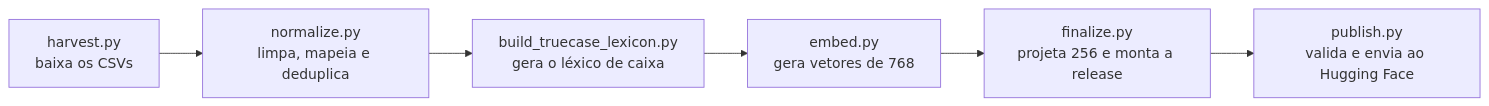
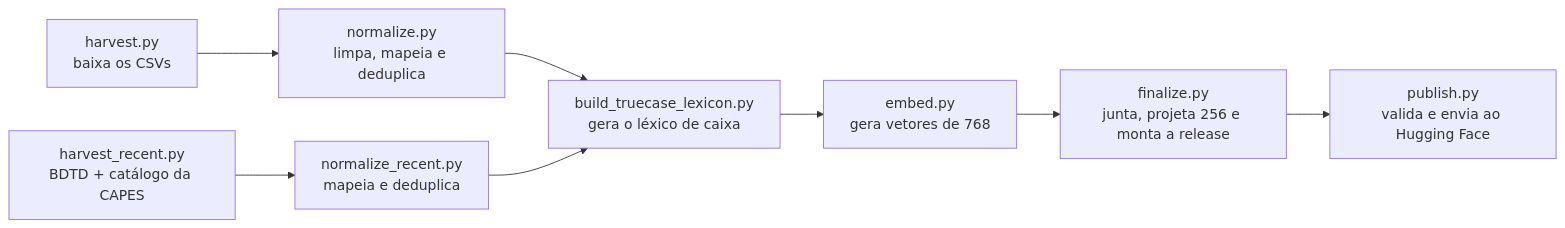
One commit to andrebadini/buscateses-local changed the diagram in docs/DADOS.md. Above: the diagram before and after it, drawn with Mermaid. The commit also changed other lines of this file and 32 other files, not shown here.

First line of the commit message:
Catálogo até 2026: CAPES (consulta pública + Sucupira) e BDTD [skip ci]

````diff
--- a/docs/DADOS.md
+++ b/docs/DADOS.md
@@ -116,8 +180,10 @@
 ```mermaid
 flowchart LR
     A["harvest.py<br/>baixa os CSVs"] --> B["normalize.py<br/>limpa, mapeia e deduplica"]
+    R1["harvest_recent.py<br/>BDTD + catálogo da CAPES"] --> R2["normalize_recent.py<br/>mapeia e deduplica"]
     B --> C["build_truecase_lexicon.py<br/>gera o léxico de caixa"]
+    R2 --> C
     C --> D["embed.py<br/>gera vetores de 768"]
-    D --> E["finalize.py<br/>projeta 256 e monta a release"]
+    D --> E["finalize.py<br/>junta, projeta 256 e monta a release"]
     E --> F["publish.py<br/>valida e envia ao Hugging Face"]
 ```
````
